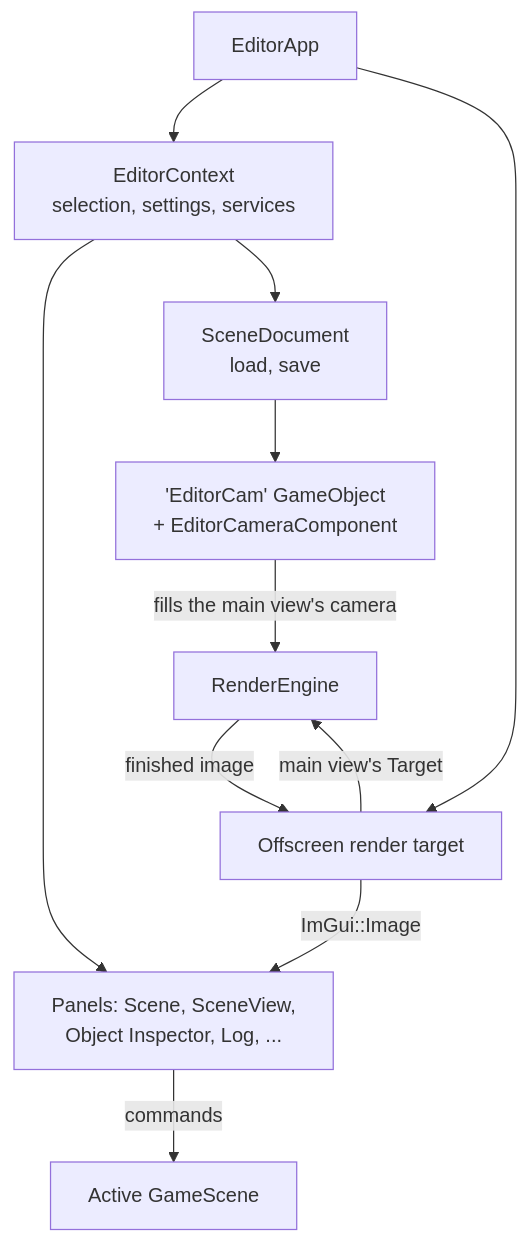
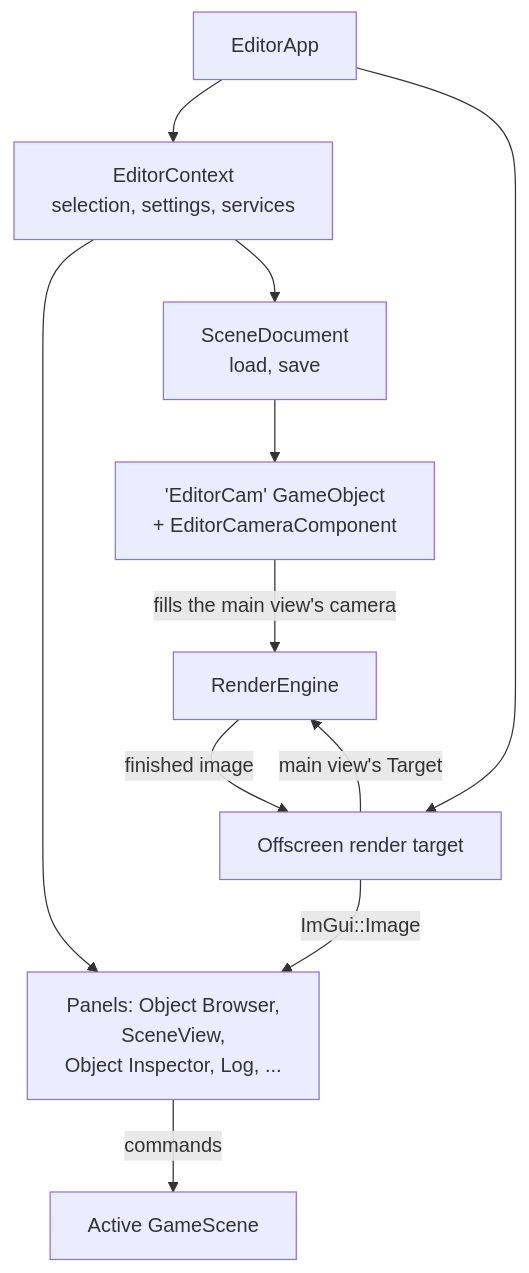
The first of 3 diagrams in Docs/Generated/Engine/07-Editor/Editor-Overview.md (b1nary0/RZE), drawn with Mermaid before and after one commit. The commit also changed other lines of this file and 18 other files, not shown here.

First line of the commit message:
Docs: Object Browser, in-place create and rename, serialized paths, save and init changes

````diff
--- a/Docs/Generated/Engine/07-Editor/Editor-Overview.md
+++ b/Docs/Generated/Engine/07-Editor/Editor-Overview.md
@@ -51,14 +51,14 @@
 ```mermaid
 %%{init: {'flowchart': {'subGraphTitleMargin': {'top': 6, 'bottom': 10}}, 'themeCSS': '.labelBkg, .edgeLabel { background-color: var(--background-primary) !important; } .messageText, .labelText, .loopText { paint-order: stroke; stroke: var(--background-primary); stroke-width: 12px; stroke-linejoin: round; }'}}%%
 flowchart TD
     App["EditorApp"] --> Ctx["EditorContext<br/>selection, settings, services"]
     App --> RT["Offscreen render target"]
-    Ctx --> Panels["Panels: Scene, SceneView,<br/>Object Inspector, Log, ..."]
+    Ctx --> Panels["Panels: Object Browser,<br/>SceneView,<br/>Object Inspector, Log, ..."]
     Ctx --> Doc["SceneDocument<br/>load, save"]
     Doc --> Cam["'EditorCam' GameObject<br/>+ EditorCameraComponent"]
     Cam -->|"fills the main view's camera"| RE["RenderEngine"]
     RT -->|"main view's Target"| RE
     RE -->|"finished image"| RT
     RT -->|"ImGui::Image"| Panels
     Panels -->|"commands"| Scene["Active GameScene"]
 ```
````
